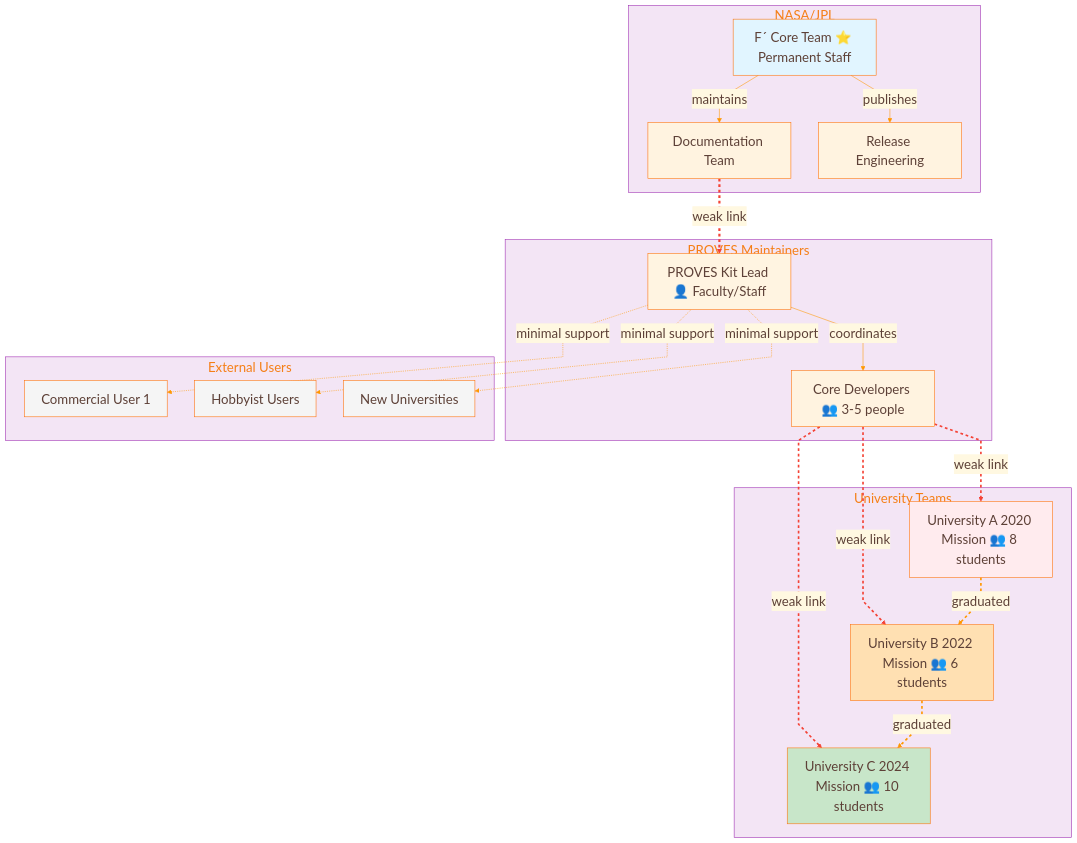
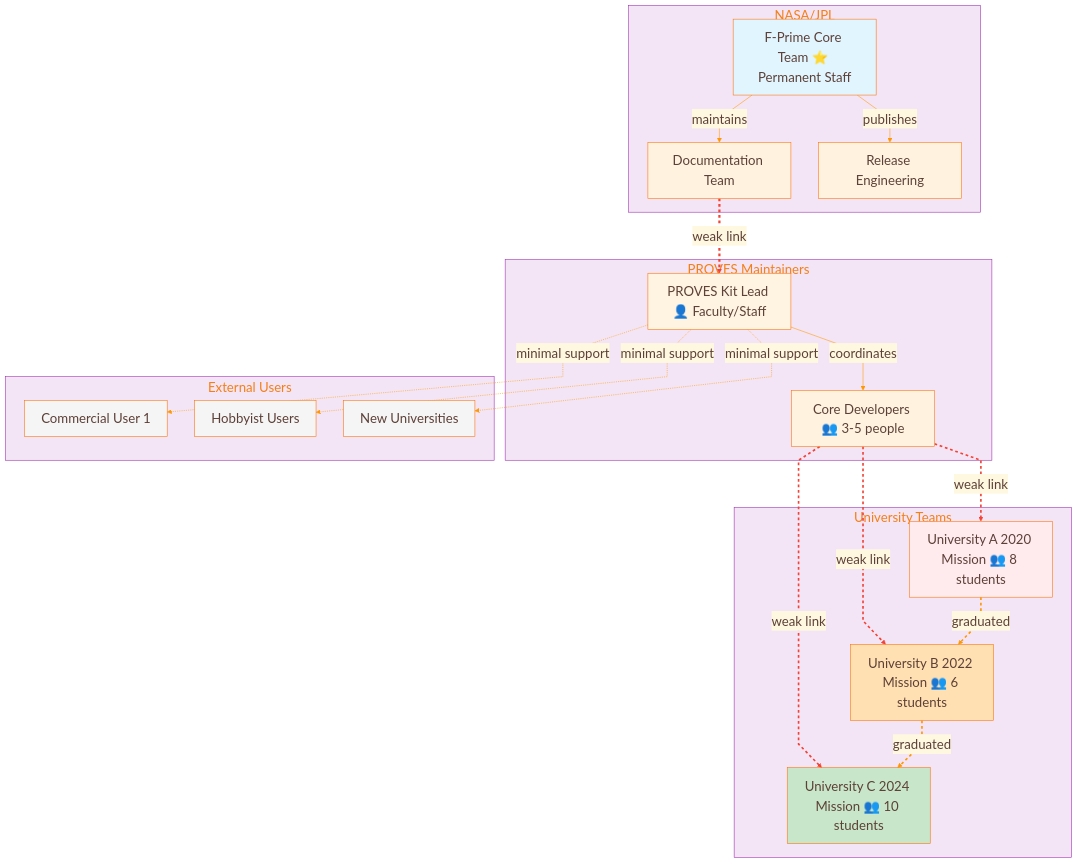
One commit to Lizo-RoadTown/PROVES_LIBRARY changed the first of 9 diagrams in docs/diagrams/team-boundaries.md. Above: the diagram before and after it, drawn with Mermaid. The commit also changed other lines of this file and 5 other files, not shown here.

```diff
--- a/docs/diagrams/team-boundaries.md
+++ b/docs/diagrams/team-boundaries.md
@@ -226,7 +226,7 @@
 ---
 flowchart TB
     subgraph "NASA/JPL"
-        JPL_CORE[F´ Core Team ⭐ Permanent Staff]
+        JPL_CORE[F-Prime Core Team ⭐ Permanent Staff]
         JPL_DOC[Documentation Team]
         JPL_REL[Release Engineering]
     end
```
